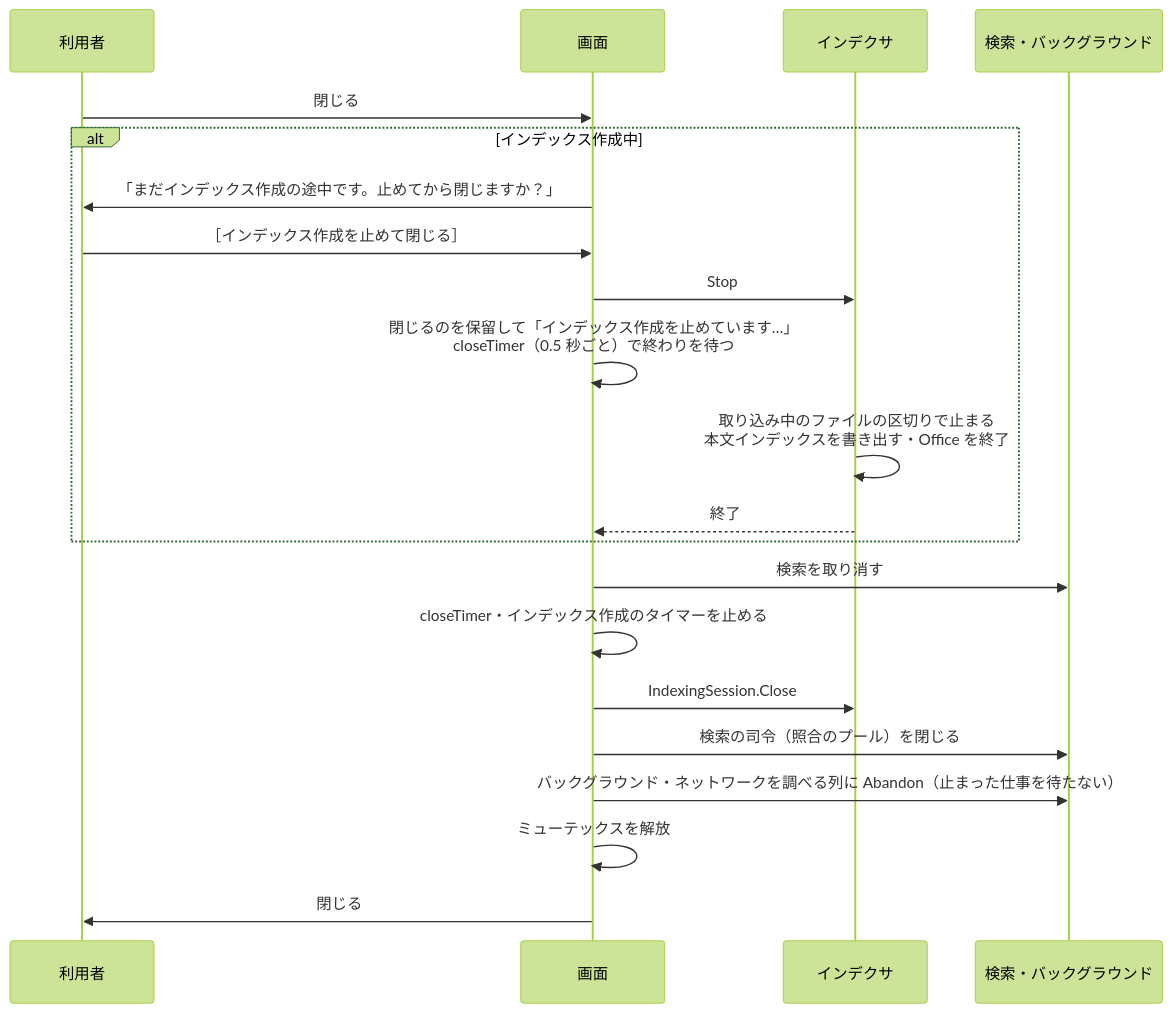
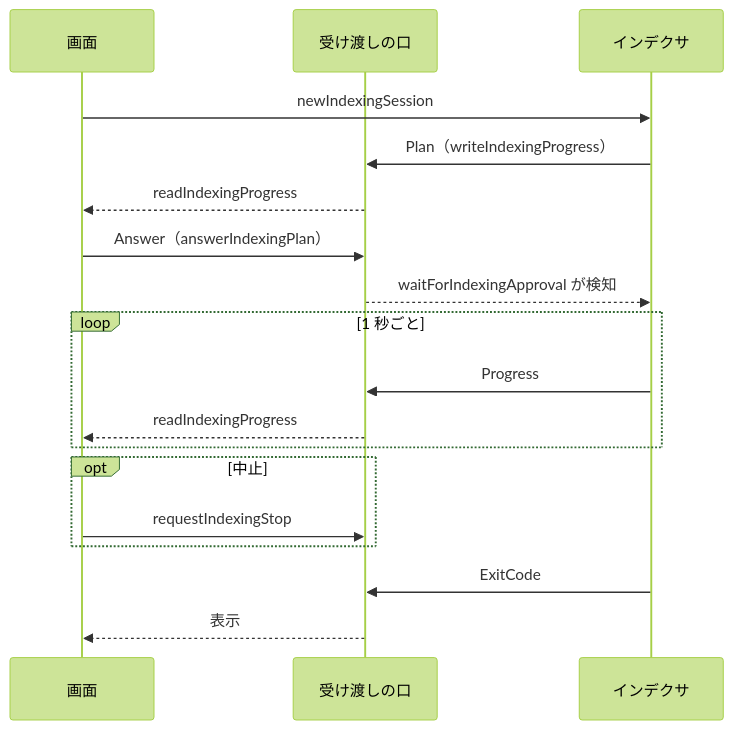
One commit to hsgwa/tebunko changed the third of 3 diagrams in docs/design/structure/threads.md. Above: the diagram before and after it, drawn with Mermaid (forest theme). The commit also changed other lines of this file and 10 other files, not shown here.

First line of the commit message:
docs: レビュー指摘の図を追加し、threads.md を分割する

````diff
--- a/docs/design/structure/threads.md
+++ b/docs/design/structure/threads.md
@@ -99,23 +109,21 @@
 ```mermaid
 sequenceDiagram
-    participant U as 利用者
     participant G as 画面
+    participant C as 受け渡しの口
     participant I as インデクサ
-    participant S as 検索・バックグラウンド
-    U->>G: 閉じる
-    alt インデックス作成中
-        G->>U: 「まだインデックス作成の途中です。止めてから閉じますか？」
-        U->>G: ［インデックス作成を止めて閉じる］
-        G->>I: Stop
-        G->>G: 閉じるのを保留して「インデックス作成を止めています…」<br>closeTimer（0.5 秒ごと）で終わりを待つ
-        I->>I: 取り込み中のファイルの区切りで止まる<br>本文インデックスを書き出す・Office を終了
-        I-->>G: 終了
+
+    G->>I: newIndexingSession
+    I->>C: Plan（writeIndexingProgress）
+    C-->>G: readIndexingProgress
+    G->>C: Answer（answerIndexingPlan）
+    C-->>I: waitForIndexingApproval が検知
+    loop 1 秒ごと
+        I->>C: Progress
+        C-->>G: readIndexingProgress
     end
-    G->>S: 検索を取り消す
-    G->>G: closeTimer・インデックス作成のタイマーを止める
-    G->>I: IndexingSession.Close
-    G->>S: 検索の司令（照合のプール）を閉じる
-    G->>S: バックグラウンド・ネットワークを調べる列に Abandon（止まった仕事を待たない）
-    G->>G: ミューテックスを解放
-    G->>U: 閉じる
+    opt 中止
+        G->>C: requestIndexingStop
+    end
+    I->>C: ExitCode
+    C-->>G: 表示
 ```
````
